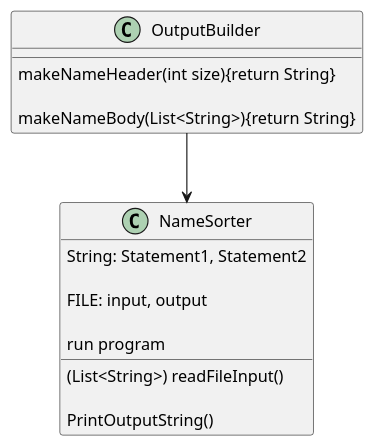
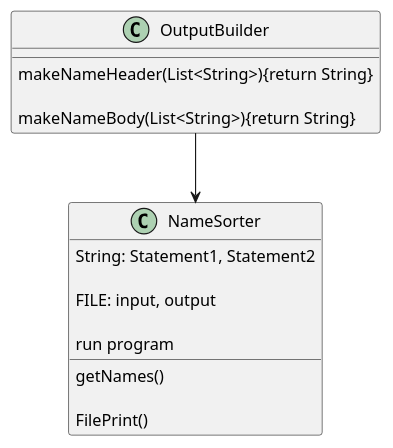
Before and after one commit to Chabs64/Higgins-cop3330-assignment3: the diagram in src/main/java/org/assignment3/ex41/base/NameSorterUML.puml, drawn with PlantUML. The commit also changed 3 other files, not shown here.

```diff
--- a/src/main/java/org/assignment3/ex41/base/NameSorterUML.puml
+++ b/src/main/java/org/assignment3/ex41/base/NameSorterUML.puml
@@ -1,27 +1,27 @@
 @startuml
 'https://plantuml.com/class-diagram
 
 class NameSorter{
 
        String: Statement1, Statement2
 
        FILE: input, output
 
        run program
 
-       (List<String>) readFileInput()
+       getNames()
 
-       PrintOutputString()
+       FilePrint()
 
 }
 
 class OutputBuilder{
 
-        makeNameHeader(int size){return String}
+        makeNameHeader(List<String>){return String}
 
         makeNameBody(List<String>){return String}
 }
 
 OutputBuilder-->NameSorter
 
 @enduml
```
